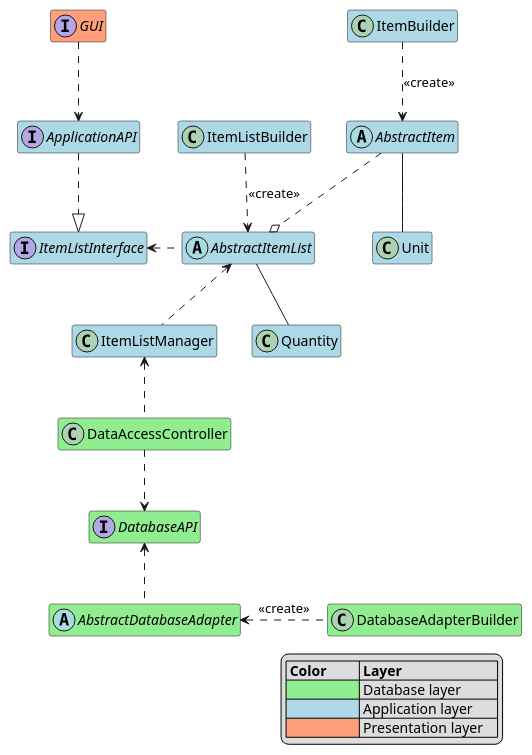
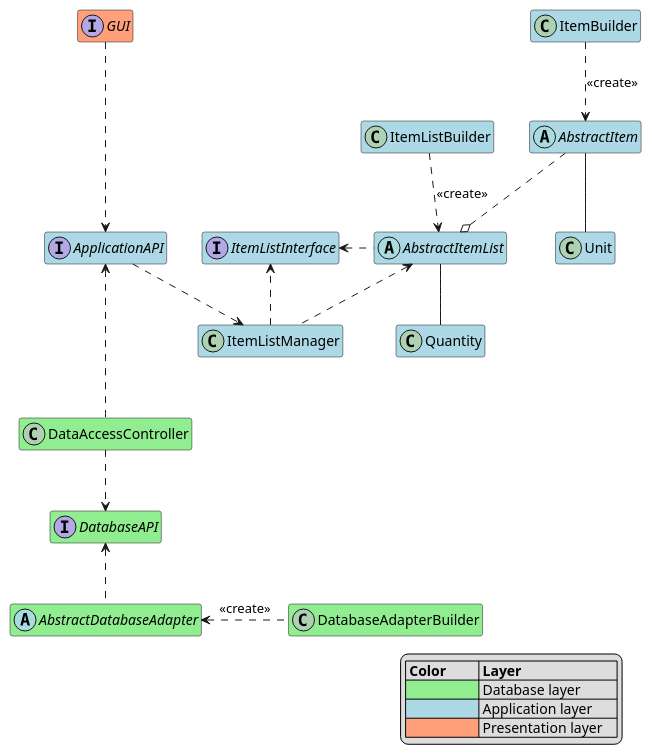
The diagram in Architecture/BlackboxViewApplication.puml (Uhgtred/Recipe_Shopping_List), drawn with PlantUML before and after one commit. The commit also changed 2 other files, not shown here.

Commit message:
Slight refactoring of the architecture, using dependency inversion

```diff
--- a/Architecture/BlackboxViewApplication.puml
+++ b/Architecture/BlackboxViewApplication.puml
@@ -1,53 +1,54 @@
 @startuml
 hide empty members
 
 
 interface DatabaseAPI #lightgreen
 
 
 interface GUI #lightsalmon
-GUI ..> ApplicationAPI
+GUI ...> ApplicationAPI
 
 
 interface ItemListInterface #lightblue
 
 class ItemListBuilder #lightblue
 ItemListBuilder ..> AbstractItemList: <<create>>
 
 class ItemBuilder #lightblue
 ItemBuilder ..> AbstractItem: <<create>>
 
 abstract class AbstractItem #lightblue
 AbstractItem ..o AbstractItemList
 AbstractItem -- Unit
 
 abstract class AbstractDatabaseAdapter #lightgreen
 AbstractDatabaseAdapter .u.> DatabaseAPI
 
 class DatabaseAdapterBuilder #lightgreen
 DatabaseAdapterBuilder .l.> AbstractDatabaseAdapter: <<create>>
 
 class ItemListManager #lightblue
 ItemListManager .u.> AbstractItemList
+ItemListManager ..> ItemListInterface
 
 class DataAccessController #lightgreen
 DataAccessController ..> DatabaseAPI
-DataAccessController .u.> ItemListManager
+DataAccessController ..u.> ApplicationAPI
 
 interface ApplicationAPI #lightblue
-ApplicationAPI ..|> ItemListInterface
+ApplicationAPI ..> ItemListManager
 
 abstract class AbstractItemList #lightblue
 AbstractItemList .l.> ItemListInterface
 AbstractItemList -- Quantity
 
 class Quantity #lightblue
 
 class Unit #lightblue
 legend bottom right
 | **Color**         | **Layer**             |
 | <#lightgreen>     | Database layer        |
 | <#lightblue>      | Application layer     |
 | <#lightsalmon>    | Presentation layer    |
 end legend
 @enduml
```
